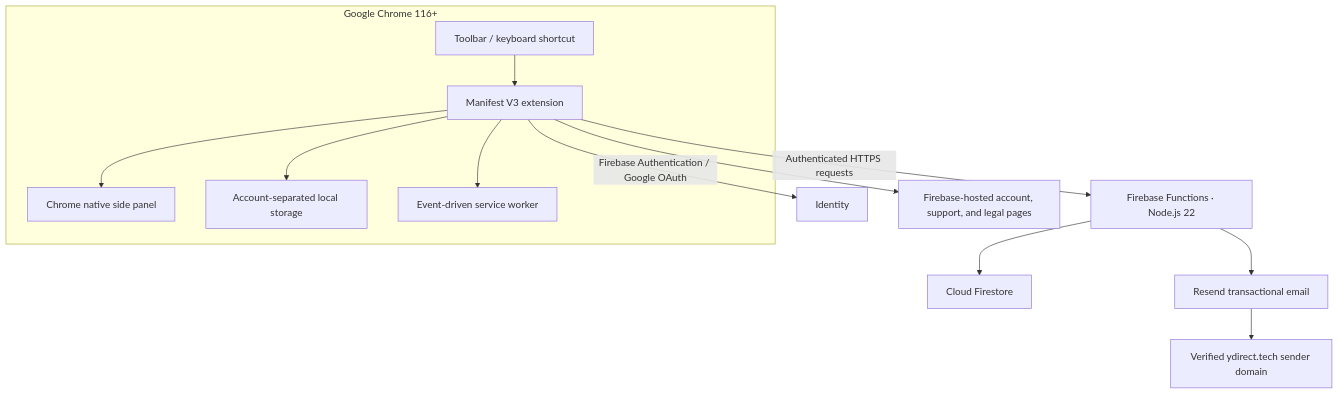
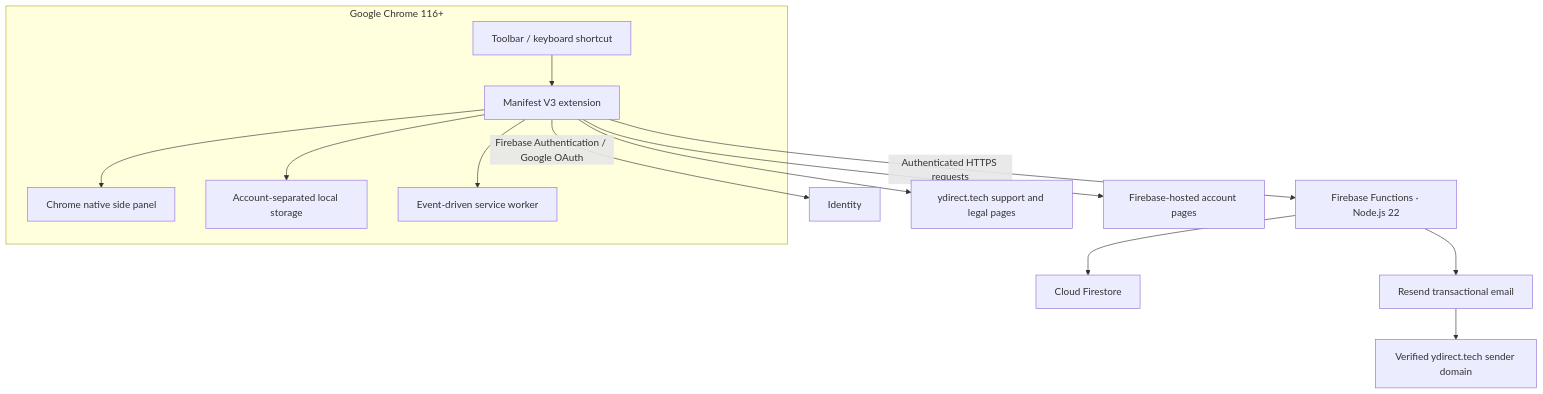
One commit to abhay-yemekar/ydirect changed the diagram in docs/ARCHITECTURE.md. Above: the diagram before and after it, drawn with Mermaid. The commit also changed other lines of this file and 1 other file, not shown here.

Commit message:
docs: show support, privacy and terms on ydirect.tech (#6)

````diff
--- a/docs/ARCHITECTURE.md
+++ b/docs/ARCHITECTURE.md
@@ -7,16 +7,17 @@
 ```mermaid
 flowchart TB
     subgraph Browser["Google Chrome 116+"]
         T["Toolbar / keyboard shortcut"] --> M["Manifest V3 extension"]
         M --> P["Chrome native side panel"]
         M --> S["Account-separated local storage"]
         M --> W["Event-driven service worker"]
     end
 
     M -->|"Firebase Authentication / Google OAuth"| I["Identity"]
     M -->|"Authenticated HTTPS requests"| F["Firebase Functions · Node.js 22"]
     F --> D["Cloud Firestore"]
     F --> R["Resend transactional email"]
-    M --> H["Firebase-hosted account, support, and legal pages"]
+    M --> H["ydirect.tech support and legal pages"]
+    M --> A["Firebase-hosted account pages"]
     R --> C["Verified ydirect.tech sender domain"]
 ```
````
